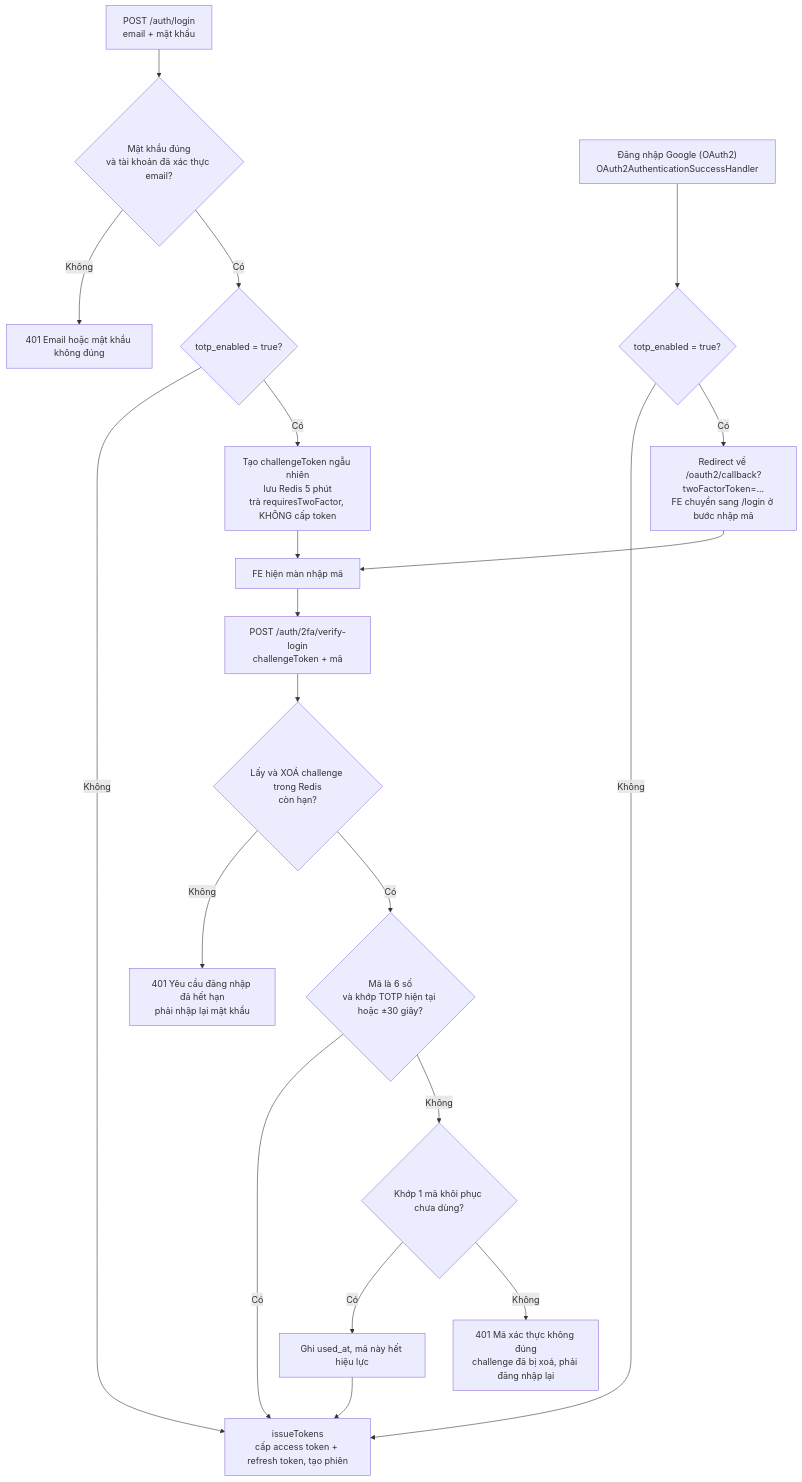
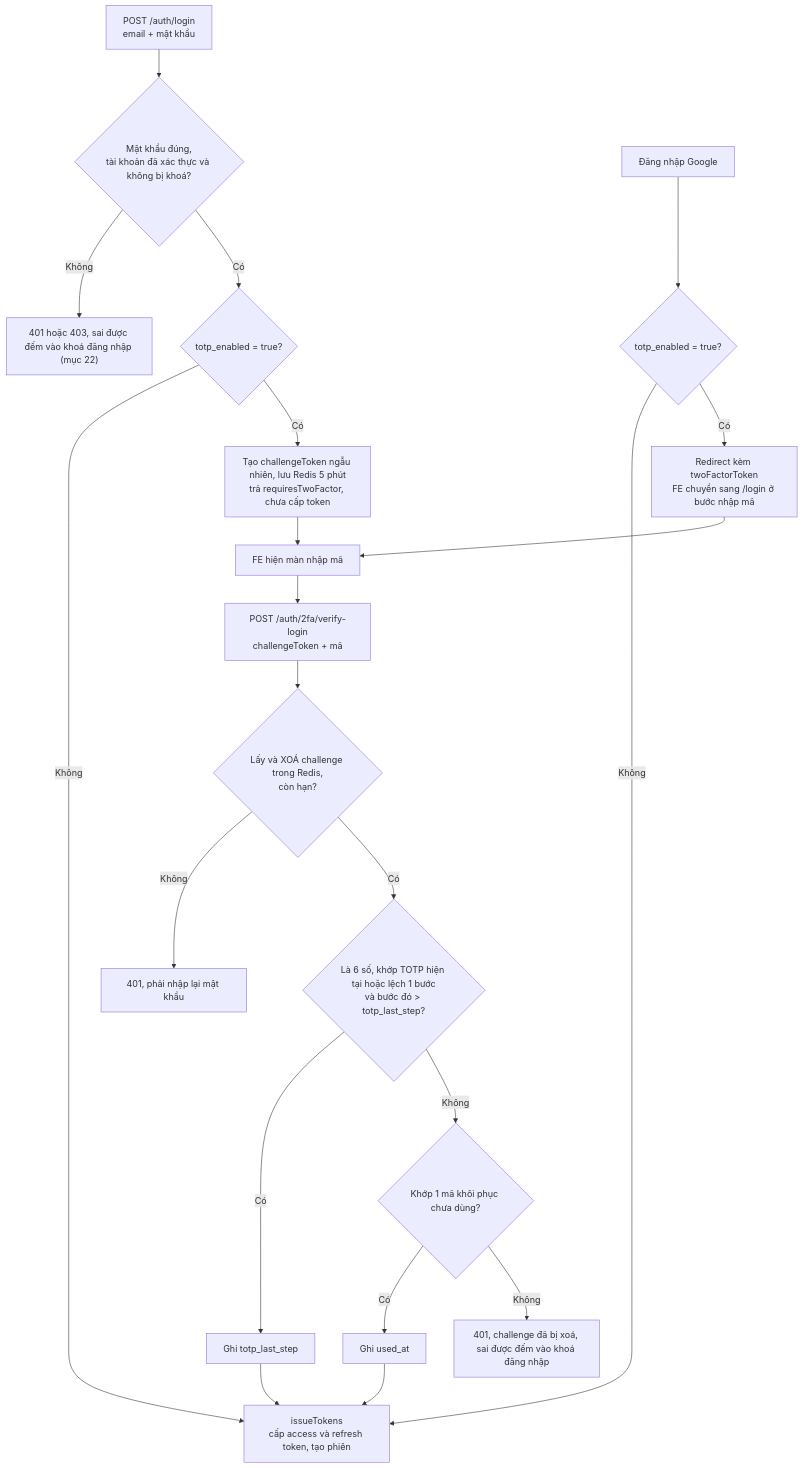
Before and after one commit to boyquynhluu/family-expense-manager: diagram 16 of 33 in README.md, drawn with Mermaid. The commit also changed other lines of this file and 1 other file, not shown here.

````diff
--- a/README.md
+++ b/README.md
@@ -601,21 +546,21 @@
 ```mermaid
 flowchart TD
-    A["POST /auth/login<br/>email + mật khẩu"] --> B{"Mật khẩu đúng<br/>và tài khoản đã xác thực email?"}
-    B -- "Không" --> X1["401 Email hoặc mật khẩu không đúng"]
+    A["POST /auth/login<br/>email + mật khẩu"] --> B{"Mật khẩu đúng,<br/>tài khoản đã xác thực và không bị khoá?"}
+    B -- "Không" --> X1["401 hoặc 403, sai được đếm vào khoá đăng nhập (mục 22)"]
     B -- "Có" --> C{"totp_enabled = true?"}
-    C -- "Không" --> T["issueTokens<br/>cấp access token + refresh token, tạo phiên"]
-    C -- "Có" --> D["Tạo challengeToken ngẫu nhiên<br/>lưu Redis 5 phút<br/>trả requiresTwoFactor, KHÔNG cấp token"]
+    C -- "Không" --> T["issueTokens<br/>cấp access và refresh token, tạo phiên"]
+    C -- "Có" --> D["Tạo challengeToken ngẫu nhiên, lưu Redis 5 phút<br/>trả requiresTwoFactor, chưa cấp token"]
     D --> E["FE hiện màn nhập mã"]
     E --> F["POST /auth/2fa/verify-login<br/>challengeToken + mã"]
-    F --> G{"Lấy và XOÁ challenge trong Redis<br/>còn hạn?"}
-    G -- "Không" --> X2["401 Yêu cầu đăng nhập đã hết hạn<br/>phải nhập lại mật khẩu"]
-    G -- "Có" --> H{"Mã là 6 số<br/>và khớp TOTP hiện tại hoặc ±30 giây?"}
-    H -- "Có" --> T
+    F --> G{"Lấy và XOÁ challenge trong Redis,<br/>còn hạn?"}
+    G -- "Không" --> X2["401, phải nhập lại mật khẩu"]
+    G -- "Có" --> H{"Là 6 số, khớp TOTP hiện tại hoặc lệch 1 bước<br/>và bước đó > totp_last_step?"}
+    H -- "Có" --> H2["Ghi totp_last_step"] --> T
     H -- "Không" --> I{"Khớp 1 mã khôi phục chưa dùng?"}
-    I -- "Có" --> J["Ghi used_at, mã này hết hiệu lực"] --> T
-    I -- "Không" --> X3["401 Mã xác thực không đúng<br/>challenge đã bị xoá, phải đăng nhập lại"]
+    I -- "Có" --> J["Ghi used_at"] --> T
+    I -- "Không" --> X3["401, challenge đã bị xoá, sai được đếm vào khoá đăng nhập"]
 
-    G2["Đăng nhập Google (OAuth2)<br/>OAuth2AuthenticationSuccessHandler"] --> G3{"totp_enabled = true?"}
+    G2["Đăng nhập Google"] --> G3{"totp_enabled = true?"}
     G3 -- "Không" --> T
-    G3 -- "Có" --> G4["Redirect về /oauth2/callback?twoFactorToken=...<br/>FE chuyển sang /login ở bước nhập mã"] --> E
+    G3 -- "Có" --> G4["Redirect kèm twoFactorToken<br/>FE chuyển sang /login ở bước nhập mã"] --> E
 ```
````
